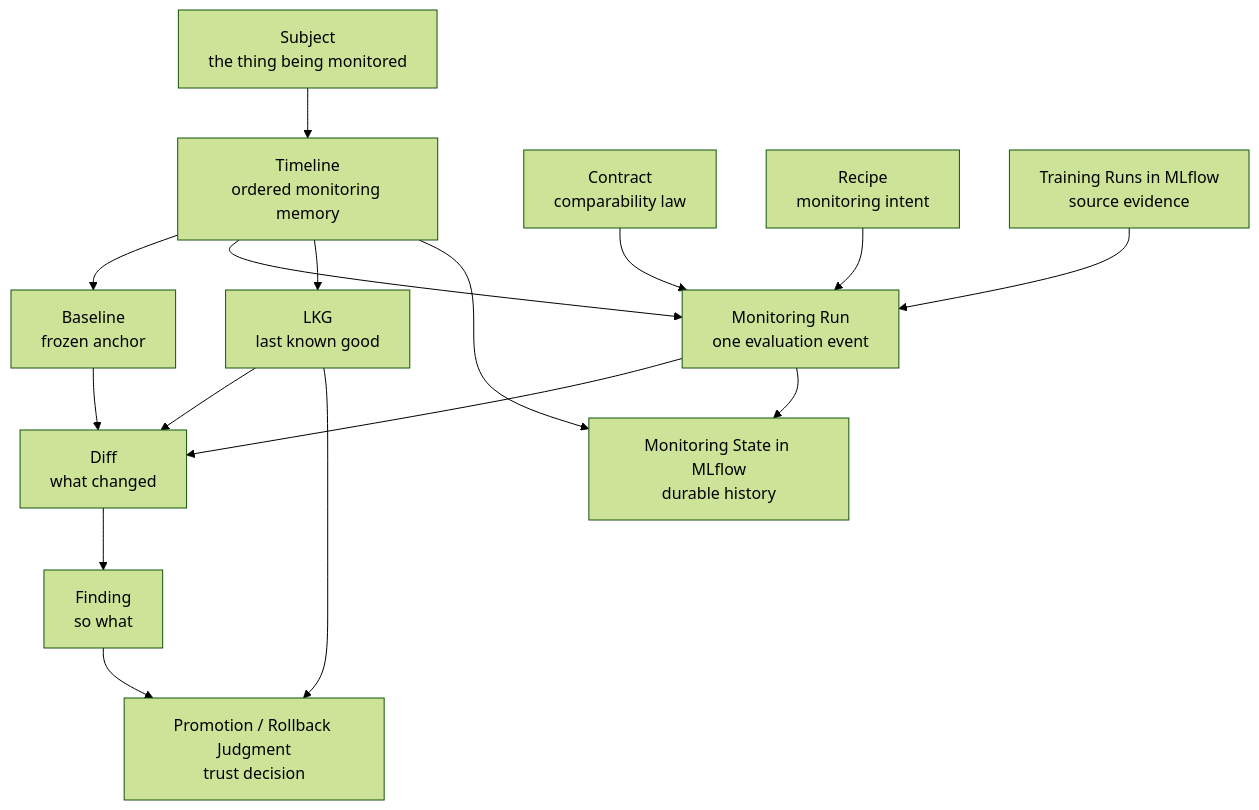
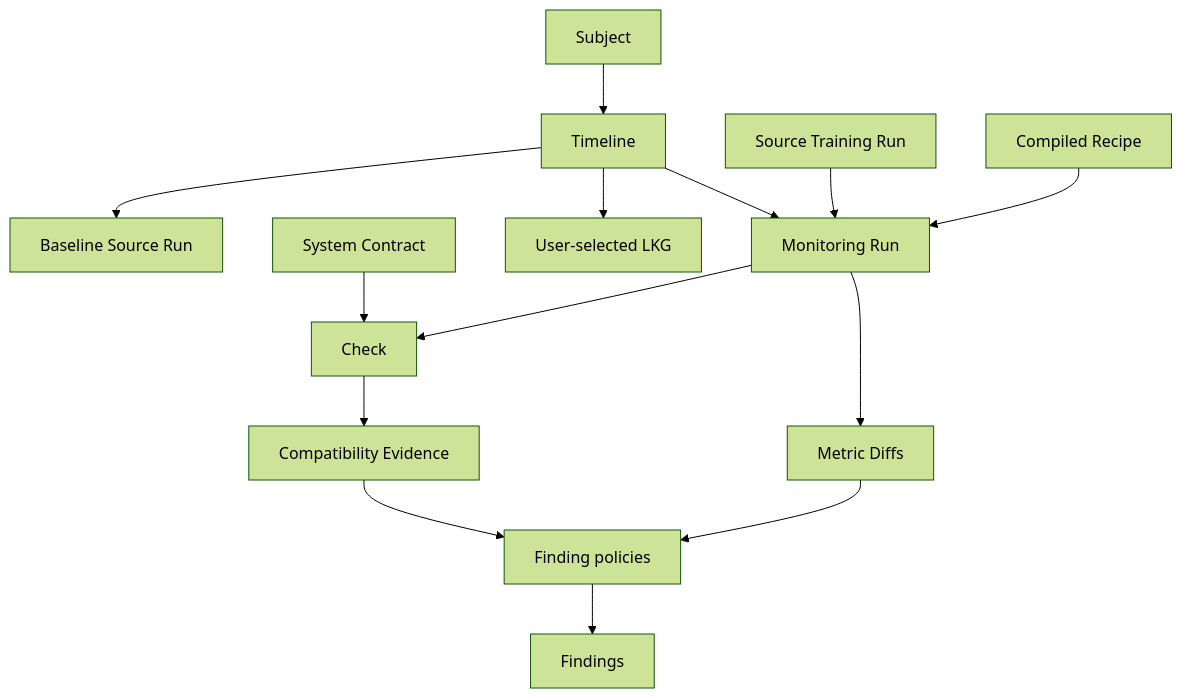
Before and after one commit to shizheng-rlfresh/mlflow-monitor: the diagram in docs/site/source/worldview.md, drawn with Mermaid (forest theme). The commit also changed other lines of this file and 5 other files, not shown here.

````diff
--- a/docs/site/source/worldview.md
+++ b/docs/site/source/worldview.md
@@ -45,31 +38,18 @@
 ```mermaid
 flowchart TD
-    Subject["Subject<br/>the thing being monitored"]
-    Timeline["Timeline<br/>ordered monitoring memory"]
-    Baseline["Baseline<br/>frozen anchor"]
-    Run["Monitoring Run<br/>one evaluation event"]
-    LKG["LKG<br/>last known good"]
-    Contract["Contract<br/>comparability law"]
-    Recipe["Recipe<br/>monitoring intent"]
-    Training["Training Runs in MLflow<br/>source evidence"]
-    Diff["Diff<br/>what changed"]
-    Finding["Finding<br/>so what"]
-    Promotion["Promotion / Rollback Judgment<br/>trust decision"]
-    Monitoring["Monitoring State in MLflow<br/>durable history"]
+    Subject["Subject"] --> Timeline["Timeline"]
+    Timeline --> Baseline["Baseline Source Run"]
+    Timeline --> MonitoringRun["Monitoring Run"]
+    Timeline --> LKG["User-selected LKG"]
 
-    Subject --> Timeline
-    Timeline --> Baseline
-    Timeline --> Run
-    Timeline --> LKG
-    Training --> Run
-    Recipe --> Run
-    Contract --> Run
-    Baseline --> Diff
-    Run --> Diff
-    LKG --> Diff
-    Diff --> Finding
-    Finding --> Promotion
-    Run --> Monitoring
-    Timeline --> Monitoring
-    LKG --> Promotion
+    Source["Source Training Run"] --> MonitoringRun
+    Recipe["Compiled Recipe"] --> MonitoringRun
+    Contract["System Contract"] --> Check["Check"]
+    MonitoringRun --> Check
+
+    Check --> Compatibility["Compatibility Evidence"]
+    MonitoringRun --> Diffs["Metric Diffs"]
+    Compatibility --> Policy["Finding policies"]
+    Diffs --> Policy
+    Policy --> Findings["Findings"]
 ```
````
